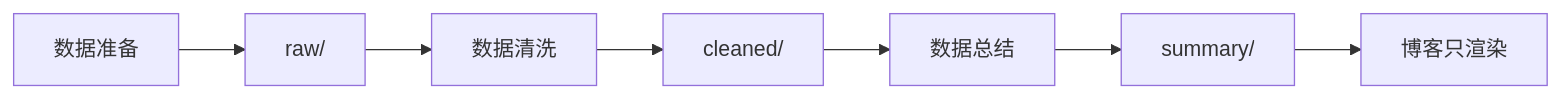
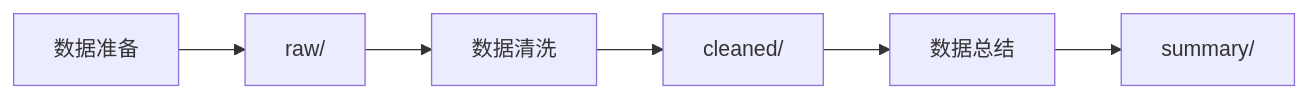
One commit to VirusPC/edges-brain-viruspc changed the diagram in skills/managed/weekly-ai-blogs-digest/SKILL.md. Above: the diagram before and after it, drawn with Mermaid. The commit also changed other lines of this file and 51 other files, not shown here.

````diff
--- a/skills/managed/weekly-ai-blogs-digest/SKILL.md
+++ b/skills/managed/weekly-ai-blogs-digest/SKILL.md
@@ -31,9 +31,8 @@
 ```mermaid
 flowchart LR
   prepare["数据准备"] --> raw["raw/"]
   raw --> clean["数据清洗"]
   clean --> cleaned["cleaned/"]
   cleaned --> summarize["数据总结"]
   summarize --> summary["summary/"]
-  summary --> blog["博客只渲染"]
 ```
````
